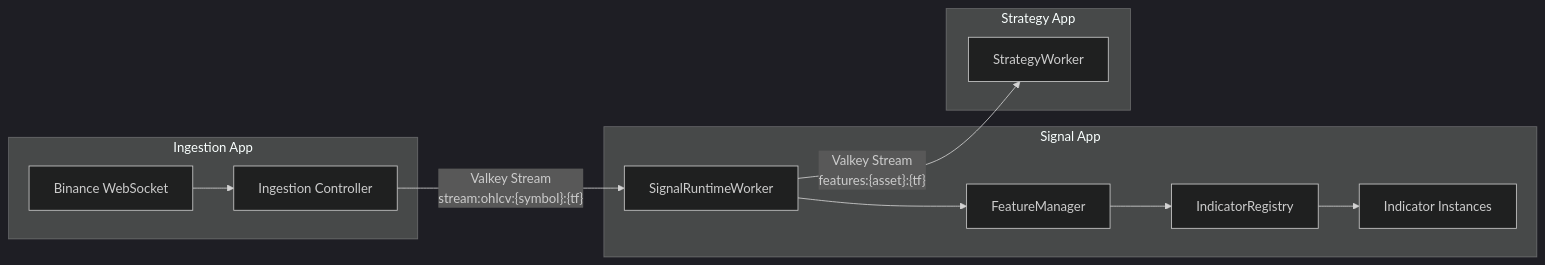
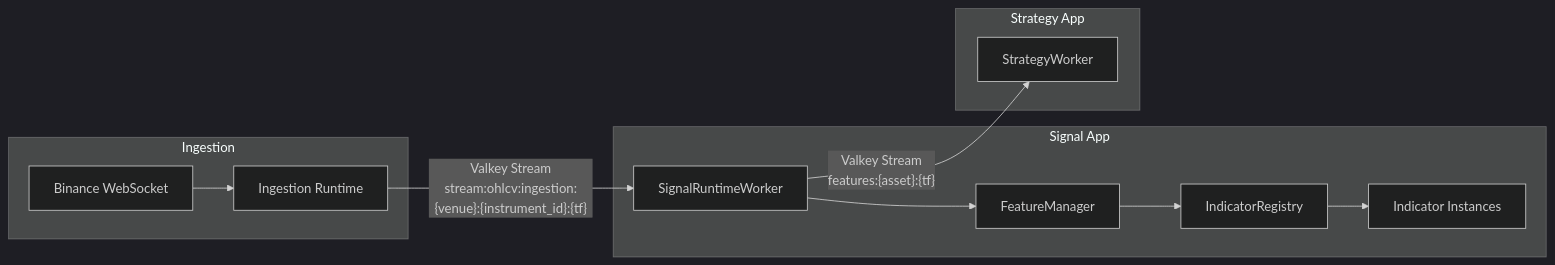
One commit to transparentCode/flipperAgent changed the first of 5 diagrams in docs/signal_app.md. Above: the diagram before and after it, drawn with Mermaid (dark theme). The commit also changed other lines of this file and 325 other files, not shown here.

````diff
--- a/docs/signal_app.md
+++ b/docs/signal_app.md
@@ -15,20 +15,20 @@
 ```mermaid
 flowchart LR
-    subgraph Ingestion App
-        WS[Binance WebSocket] --> IC[Ingestion Controller]
+    subgraph Ingestion
+        WS[Binance WebSocket] --> IC[Ingestion Runtime]
     end
 
     subgraph Signal App
         SW[SignalRuntimeWorker] --> FM[FeatureManager]
         FM --> IR[IndicatorRegistry]
         IR --> IND[Indicator Instances]
     end
 
     subgraph Strategy App
         STW[StrategyWorker]
     end
 
-    IC -- "Valkey Stream\nstream:ohlcv:{symbol}:{tf}" --> SW
+    IC -- "Valkey Stream\nstream:ohlcv:ingestion:{venue}:{instrument_id}:{tf}" --> SW
     SW -- "Valkey Stream\nfeatures:{asset}:{tf}" --> STW
 
 ```
````
